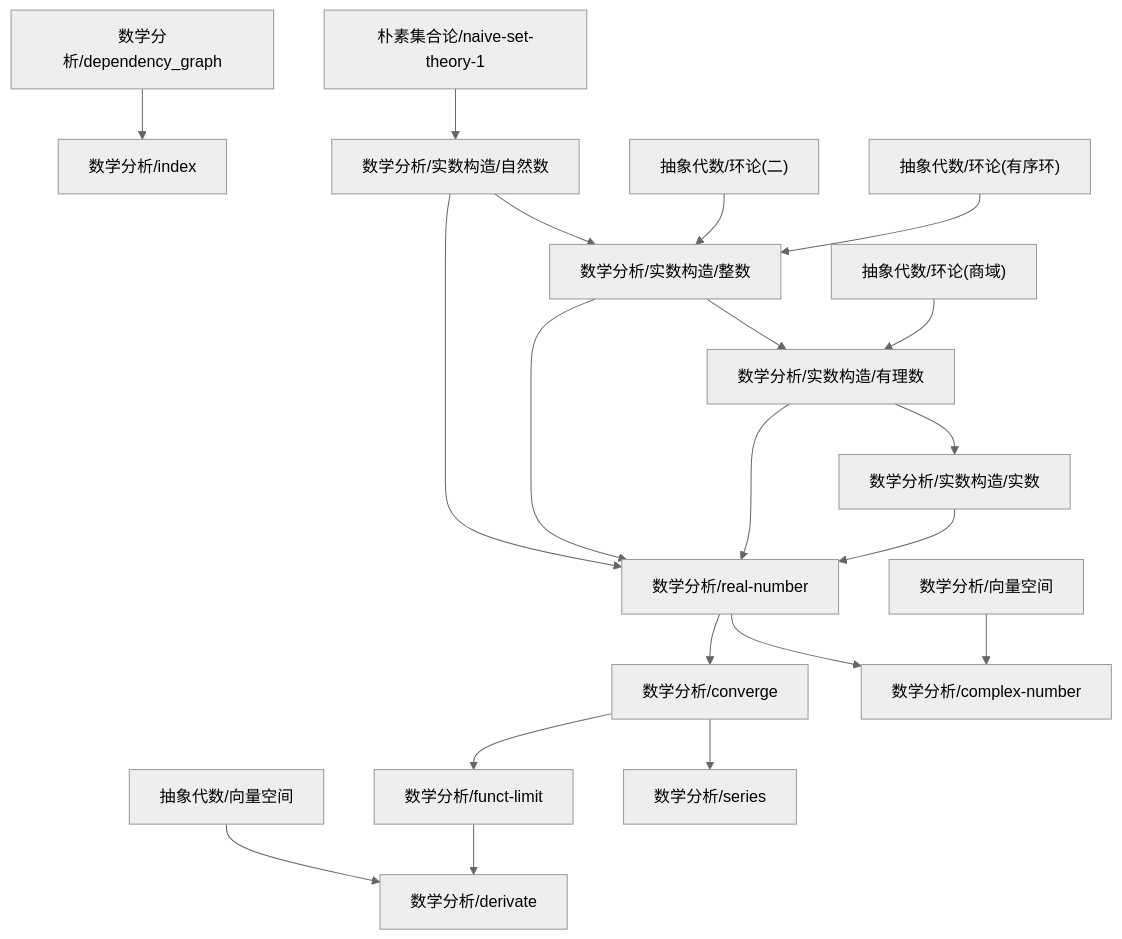
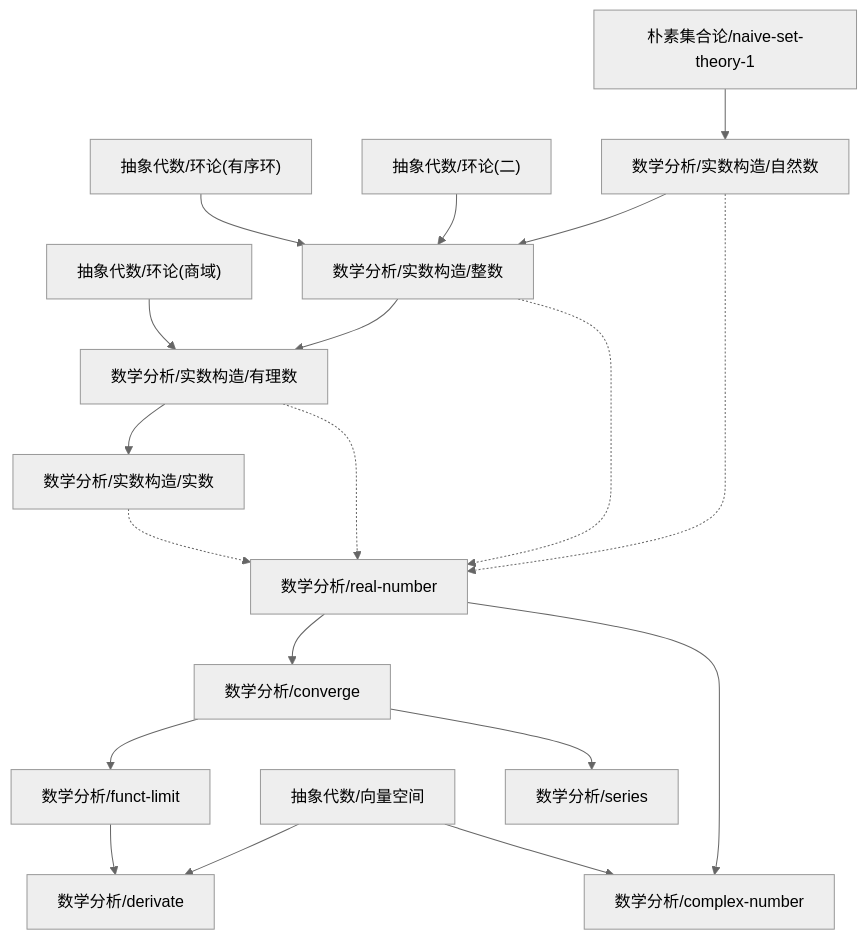
One commit to zeroDtree/zeroDtree.github.io changed the diagram in content/数学分析/dependency_graph.md. Above: the diagram before and after it, drawn with Mermaid (neutral theme). The commit also changed 17 other files, not shown here.

````diff
--- a/content/数学分析/dependency_graph.md
+++ b/content/数学分析/dependency_graph.md
@@ -1,22 +1,21 @@
 ```mermaid
 graph TD
 1["抽象代数/向量空间"] --> 0["数学分析/derivate"]
 2["数学分析/funct-limit"] --> 0["数学分析/derivate"]
 4["数学分析/real-number"] --> 3["数学分析/converge"]
-6["数学分析/dependency_graph"] --> 5["数学分析/index"]
 3["数学分析/converge"] --> 2["数学分析/funct-limit"]
-4["数学分析/real-number"] --> 7["数学分析/complex-number"]
-8["数学分析/向量空间"] --> 7["数学分析/complex-number"]
-3["数学分析/converge"] --> 9["数学分析/series"]
-10["数学分析/实数构造/自然数"] --> 4["数学分析/real-number"]
-11["数学分析/实数构造/整数"] --> 4["数学分析/real-number"]
-12["数学分析/实数构造/有理数"] --> 4["数学分析/real-number"]
-13["数学分析/实数构造/实数"] --> 4["数学分析/real-number"]
-12["数学分析/实数构造/有理数"] --> 13["数学分析/实数构造/实数"]
-11["数学分析/实数构造/整数"] --> 12["数学分析/实数构造/有理数"]
-14["抽象代数/环论(商域)"] --> 12["数学分析/实数构造/有理数"]
-15["朴素集合论/naive-set-theory-1"] --> 10["数学分析/实数构造/自然数"]
-10["数学分析/实数构造/自然数"] --> 11["数学分析/实数构造/整数"]
-16["抽象代数/环论(二)"] --> 11["数学分析/实数构造/整数"]
-17["抽象代数/环论(有序环)"] --> 11["数学分析/实数构造/整数"]
+4["数学分析/real-number"] --> 6["数学分析/complex-number"]
+1["抽象代数/向量空间"] --> 6["数学分析/complex-number"]
+3["数学分析/converge"] --> 7["数学分析/series"]
+8["数学分析/实数构造/自然数"] -.-> 4["数学分析/real-number"]
+9["数学分析/实数构造/整数"] -.-> 4["数学分析/real-number"]
+10["数学分析/实数构造/有理数"] -.-> 4["数学分析/real-number"]
+11["数学分析/实数构造/实数"] -.-> 4["数学分析/real-number"]
+10["数学分析/实数构造/有理数"] --> 11["数学分析/实数构造/实数"]
+9["数学分析/实数构造/整数"] --> 10["数学分析/实数构造/有理数"]
+12["抽象代数/环论(商域)"] --> 10["数学分析/实数构造/有理数"]
+13["朴素集合论/naive-set-theory-1"] --> 8["数学分析/实数构造/自然数"]
+8["数学分析/实数构造/自然数"] --> 9["数学分析/实数构造/整数"]
+14["抽象代数/环论(二)"] --> 9["数学分析/实数构造/整数"]
+15["抽象代数/环论(有序环)"] --> 9["数学分析/实数构造/整数"]
 ```
````
